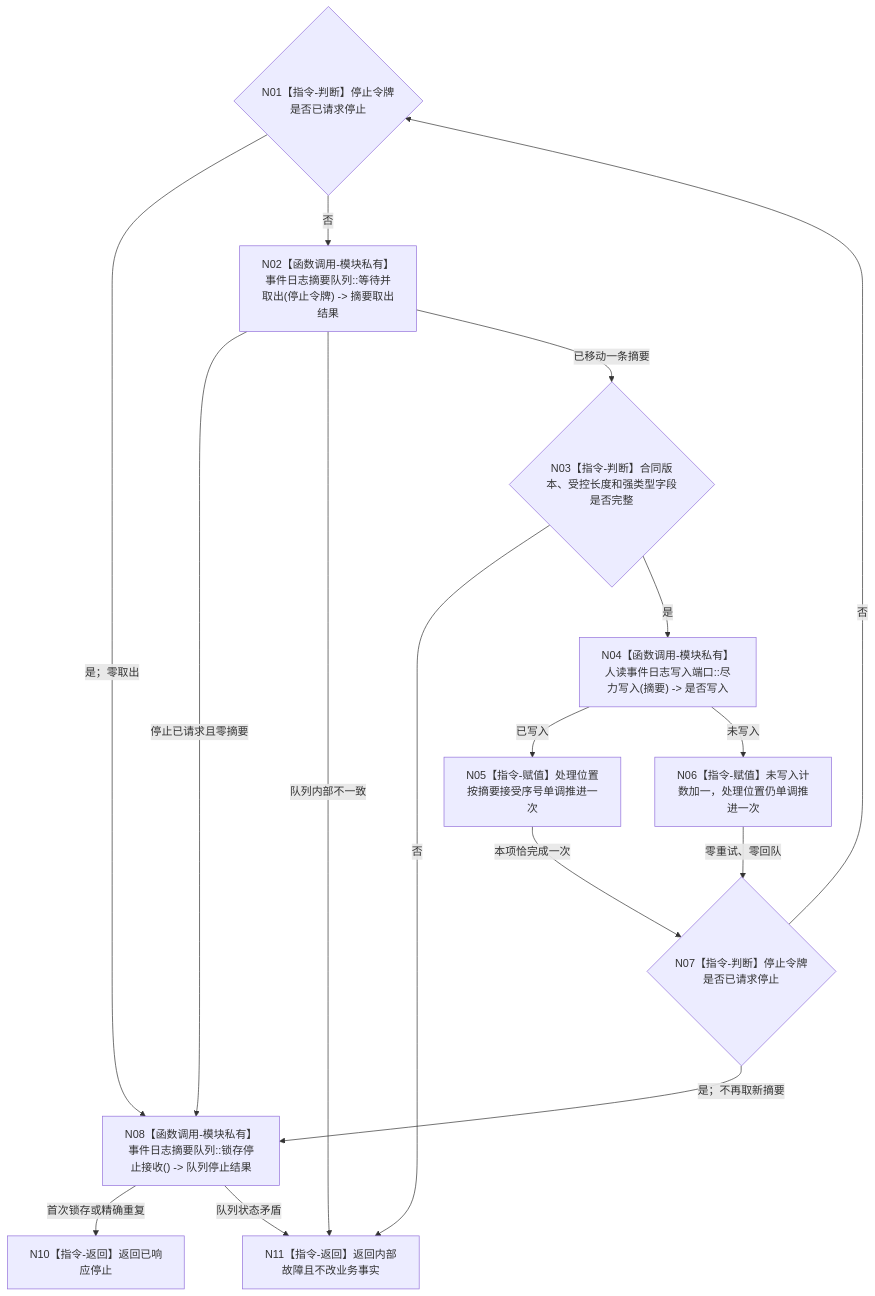
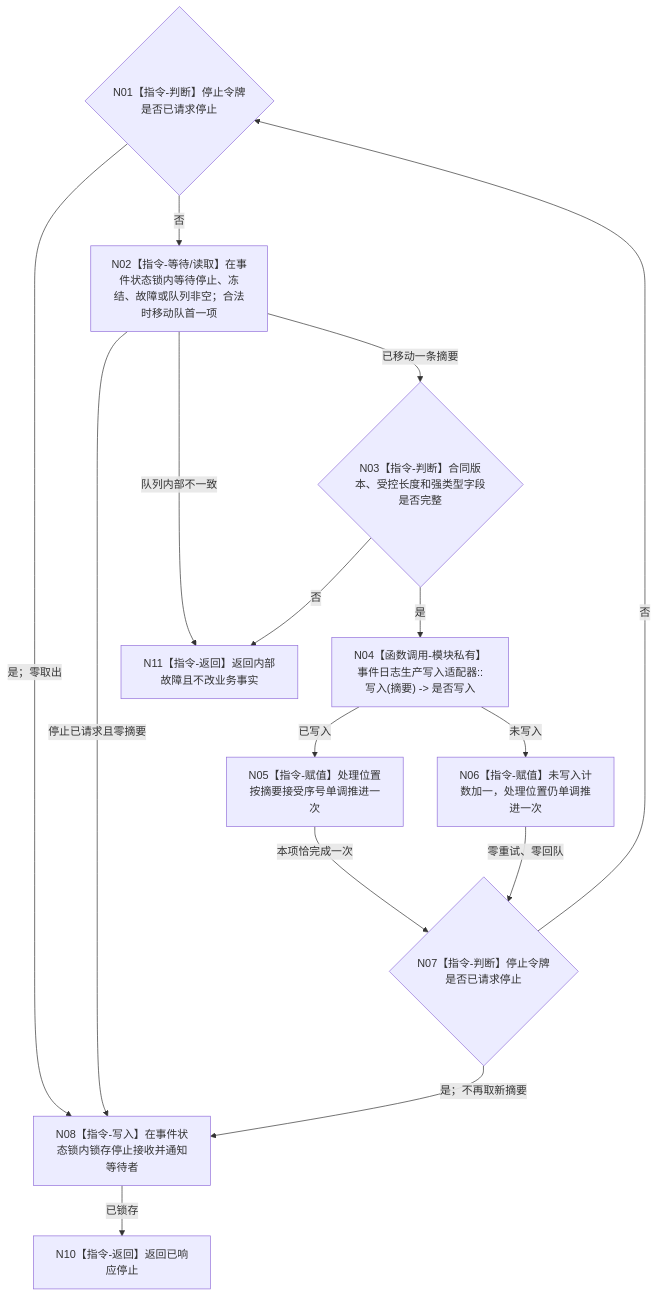
One commit to chunhaizh-cyber/HY-Ego changed the diagram in 流程图/目标业务流程图/L4/BIZ-L4-001-04-01-01_运行事件日志线程入口_目标函数流程图_v0.2.md. Above: the diagram before and after it, drawn with Mermaid. The commit also changed other lines of this file and 14 other files, not shown here.

````diff
--- a/流程图/目标业务流程图/L4/BIZ-L4-001-04-01-01_运行事件日志线程入口_目标函数流程图_v0.2.md
+++ b/流程图/目标业务流程图/L4/BIZ-L4-001-04-01-01_运行事件日志线程入口_目标函数流程图_v0.2.md
@@ -31,18 +31,17 @@
 ```mermaid
 flowchart TD
-    N01{"N01【指令-判断】停止令牌是否已请求停止"} -->|是；零取出| N08["N08【函数调用-模块私有】事件日志摘要队列::锁存停止接收() -> 队列停止结果"]
-    N01 -->|否| N02["N02【函数调用-模块私有】事件日志摘要队列::等待并取出(停止令牌) -> 摘要取出结果"]
+    N01{"N01【指令-判断】停止令牌是否已请求停止"} -->|是；零取出| N08["N08【指令-写入】在事件状态锁内锁存停止接收并通知等待者"]
+    N01 -->|否| N02["N02【指令-等待/读取】在事件状态锁内等待停止、冻结、故障或队列非空；合法时移动队首一项"]
     N02 -->|停止已请求且零摘要| N08
     N02 -->|队列内部不一致| N11["N11【指令-返回】返回内部故障且不改业务事实"]
     N02 -->|已移动一条摘要| N03{"N03【指令-判断】合同版本、受控长度和强类型字段是否完整"}
     N03 -->|否| N11
-    N03 -->|是| N04["N04【函数调用-模块私有】人读事件日志写入端口::尽力写入(摘要) -> 是否写入"]
+    N03 -->|是| N04["N04【函数调用-模块私有】事件日志生产写入适配器::写入(摘要) -> 是否写入"]
     N04 -->|已写入| N05["N05【指令-赋值】处理位置按摘要接受序号单调推进一次"]
     N04 -->|未写入| N06["N06【指令-赋值】未写入计数加一，处理位置仍单调推进一次"]
     N05 -->|本项恰完成一次| N07{"N07【指令-判断】停止令牌是否已请求停止"}
     N06 -->|零重试、零回队| N07
     N07 -->|是；不再取新摘要| N08
     N07 -->|否| N01
-    N08 -->|首次锁存或精确重复| N10["N10【指令-返回】返回已响应停止"]
-    N08 -->|队列状态矛盾| N11
+    N08 -->|已锁存| N10["N10【指令-返回】返回已响应停止"]
 ```
````
